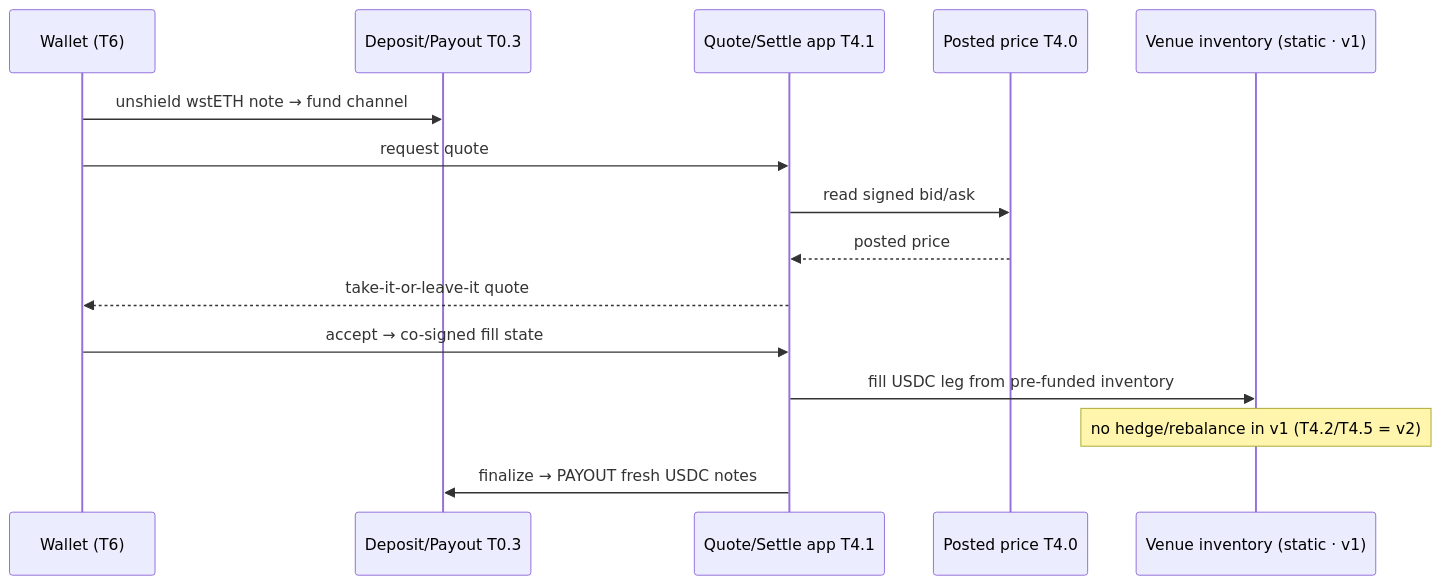
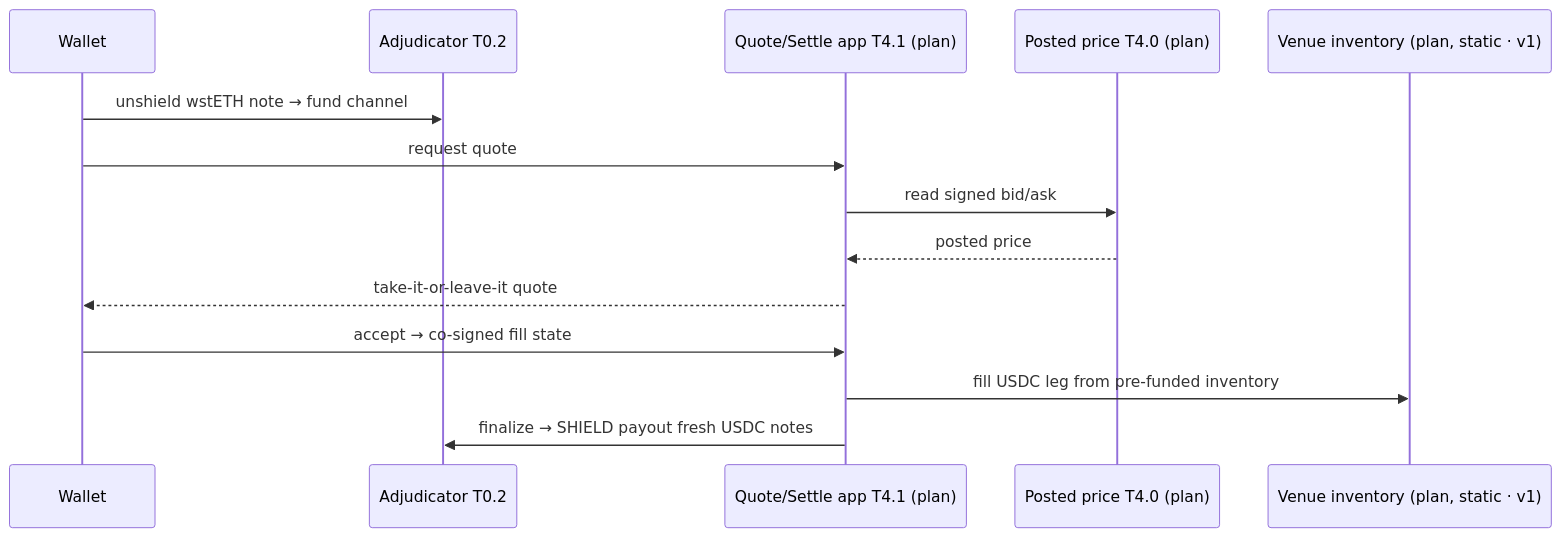
The second of 4 diagrams in engineering/06-runtime-view.md (AFDudley/armada-laconic), drawn with Mermaid before and after one commit. The commit also changed other lines of this file and 5 other files, not shown here.

````diff
--- a/engineering/06-runtime-view.md
+++ b/engineering/06-runtime-view.md
@@ -40,17 +62,16 @@
 ```mermaid
 sequenceDiagram
-  participant W as Wallet (T6)
-  participant D as Deposit/Payout T0.3
-  participant Q as Quote/Settle app T4.1
-  participant PP as Posted price T4.0
-  participant I as Venue inventory (static · v1)
-  W->>D: unshield wstETH note → fund channel
+  participant W as Wallet
+  participant N as Adjudicator T0.2
+  participant Q as Quote/Settle app T4.1 (plan)
+  participant PP as Posted price T4.0 (plan)
+  participant I as Venue inventory (plan, static · v1)
+  W->>N: unshield wstETH note → fund channel
   W->>Q: request quote
   Q->>PP: read signed bid/ask
   PP-->>Q: posted price
   Q-->>W: take-it-or-leave-it quote
   W->>Q: accept → co-signed fill state
   Q->>I: fill USDC leg from pre-funded inventory
-  Note over I: no hedge/rebalance in v1 (T4.2/T4.5 = v2)
-  Q->>D: finalize → PAYOUT fresh USDC notes
+  Q->>N: finalize → SHIELD payout fresh USDC notes
 ```
````
